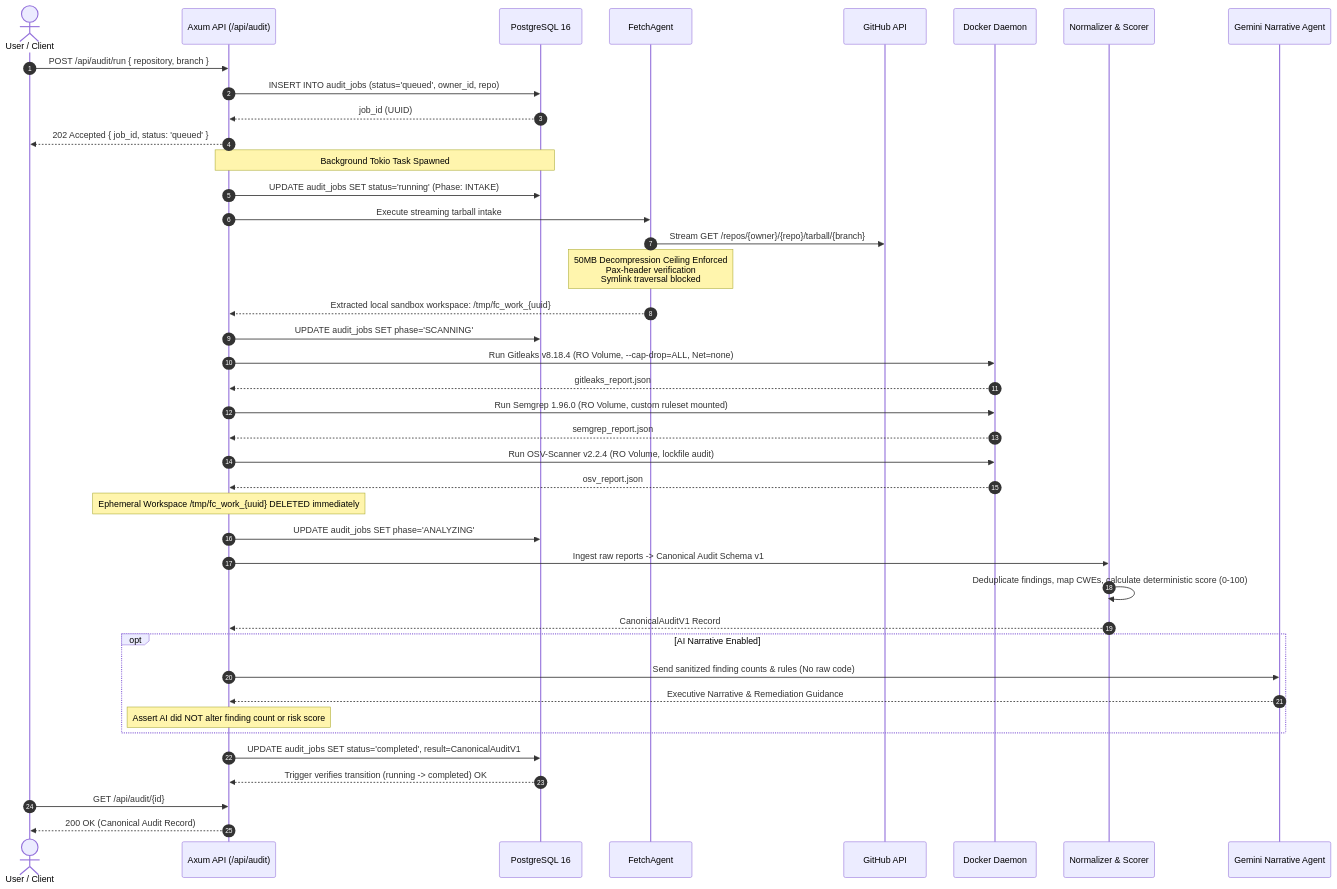
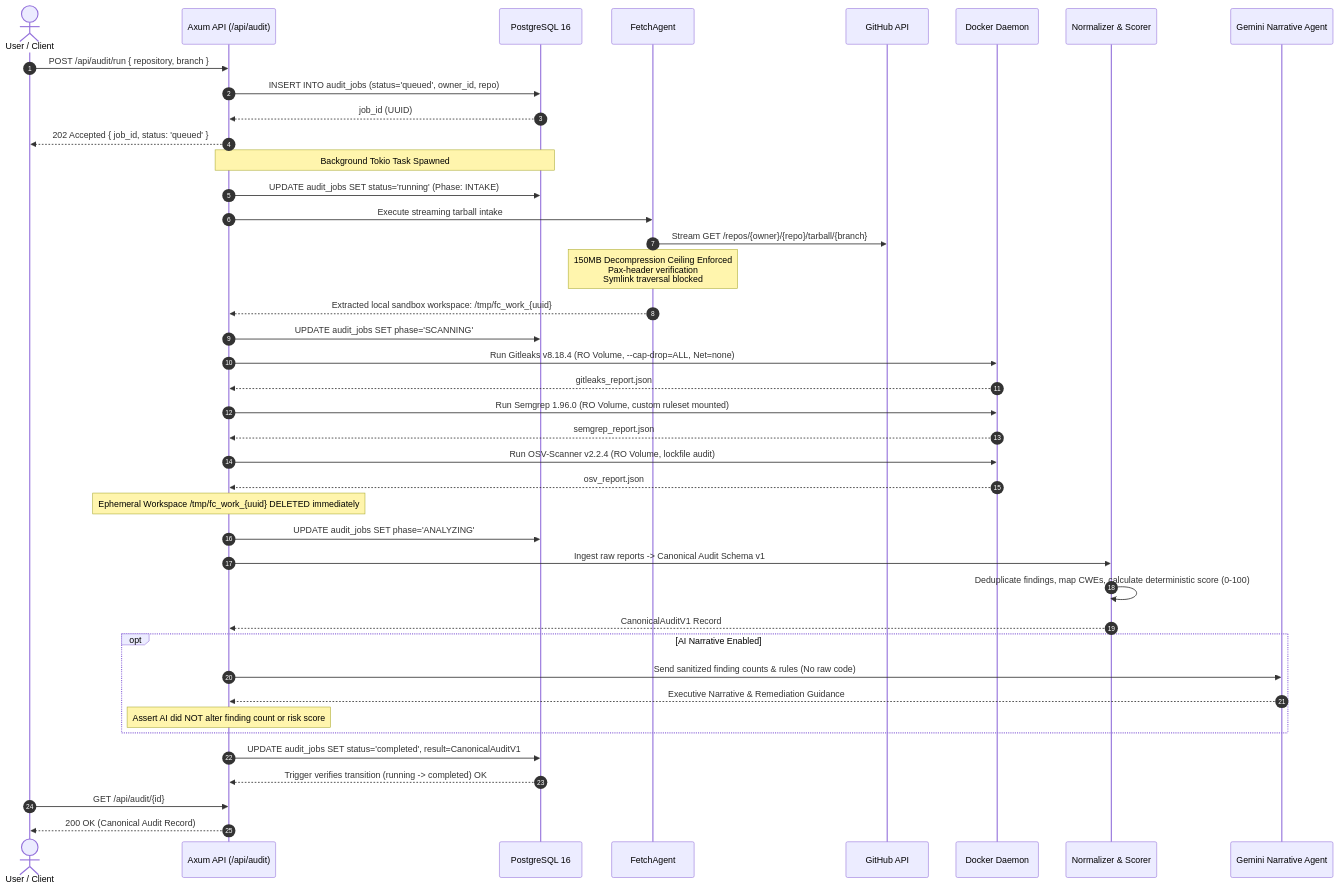
One commit to johan-droid/Fire-Crow- changed the second of 4 diagrams in docs/architecture/overview.md. Above: the diagram before and after it, drawn with Mermaid. The commit also changed other lines of this file and 104 other files, not shown here.

````diff
--- a/docs/architecture/overview.md
+++ b/docs/architecture/overview.md
@@ -89,52 +89,52 @@
 ```mermaid
 sequenceDiagram
     autonumber
     actor User as User / Client
     participant API as Axum API (/api/audit)
     participant DB as PostgreSQL 16
     participant Fetch as FetchAgent
     participant GH as GitHub API
     participant Docker as Docker Daemon
     participant Normalizer as Normalizer & Scorer
     participant AI as Gemini Narrative Agent
 
     User->>API: POST /api/audit/run { repository, branch }
     API->>DB: INSERT INTO audit_jobs (status='queued', owner_id, repo)
     DB-->>API: job_id (UUID)
     API-->>User: 202 Accepted { job_id, status: 'queued' }
 
     Note over API,DB: Background Tokio Task Spawned
 
     API->>DB: UPDATE audit_jobs SET status='running' (Phase: INTAKE)
     API->>Fetch: Execute streaming tarball intake
     Fetch->>GH: Stream GET /repos/{owner}/{repo}/tarball/{branch}
-    Note over Fetch: 50MB Decompression Ceiling Enforced<br/>Pax-header verification<br/>Symlink traversal blocked
+    Note over Fetch: 150MB Decompression Ceiling Enforced<br/>Pax-header verification<br/>Symlink traversal blocked
     Fetch-->>API: Extracted local sandbox workspace: /tmp/fc_work_{uuid}
 
     API->>DB: UPDATE audit_jobs SET phase='SCANNING'
     API->>Docker: Run Gitleaks v8.18.4 (RO Volume, --cap-drop=ALL, Net=none)
     Docker-->>API: gitleaks_report.json
     API->>Docker: Run Semgrep 1.96.0 (RO Volume, custom ruleset mounted)
     Docker-->>API: semgrep_report.json
     API->>Docker: Run OSV-Scanner v2.2.4 (RO Volume, lockfile audit)
     Docker-->>API: osv_report.json
 
     Note over API: Ephemeral Workspace /tmp/fc_work_{uuid} DELETED immediately
 
     API->>DB: UPDATE audit_jobs SET phase='ANALYZING'
     API->>Normalizer: Ingest raw reports -> Canonical Audit Schema v1
     Normalizer->>Normalizer: Deduplicate findings, map CWEs, calculate deterministic score (0-100)
     Normalizer-->>API: CanonicalAuditV1 Record
 
     opt AI Narrative Enabled
         API->>AI: Send sanitized finding counts & rules (No raw code)
         AI-->>API: Executive Narrative & Remediation Guidance
         Note over API: Assert AI did NOT alter finding count or risk score
     end
 
     API->>DB: UPDATE audit_jobs SET status='completed', result=CanonicalAuditV1
     DB-->>API: Trigger verifies transition (running -> completed) OK
 
     User->>API: GET /api/audit/{id}
     API-->>User: 200 OK (Canonical Audit Record)
 ```
````
